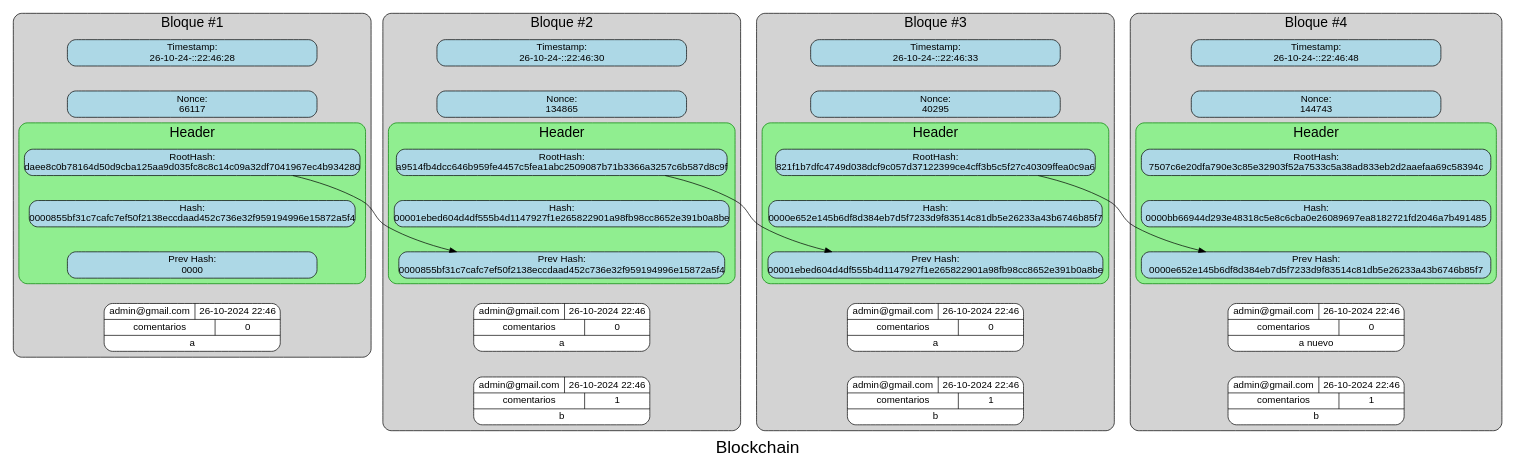
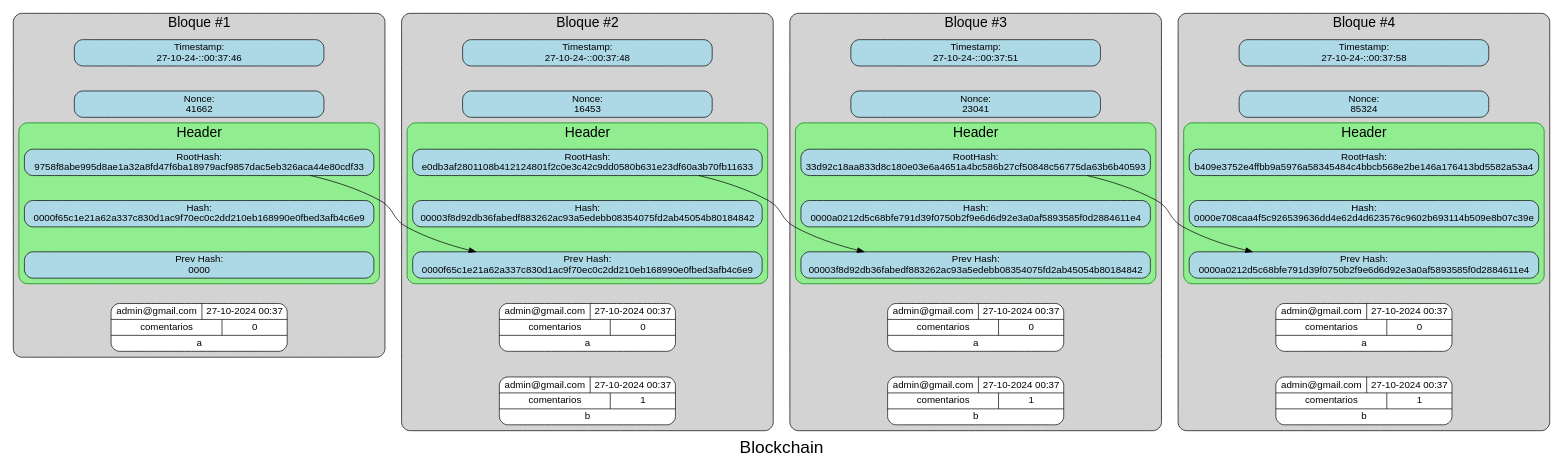
One commit to D3r3-k/-EDD-Proyecto_202001151 changed the diagram in Fase3/build/Desktop_Qt_6_7_2_MinGW_64_bit-Debug/renders/blockchain.dot. Above: the diagram before and after it, drawn with Graphviz. The commit also changed 28 other files, not shown here.

```diff
--- a/Fase3/build/Desktop_Qt_6_7_2_MinGW_64_bit-Debug/renders/blockchain.dot
+++ b/Fase3/build/Desktop_Qt_6_7_2_MinGW_64_bit-Debug/renders/blockchain.dot
@@ -1,118 +1,118 @@
 digraph G {
 label="Blockchain"; fontsize=25; fontname="Arial";
 subgraph cluster_block1 {
 label="Bloque #1";
 fontname="Arial";fontsize=20;style=rounded;
 color=black;
 bgcolor=lightgray;
 edge [style=invis];
 timestamp1[label="Timestamp: 
-26-10-24-::22:46:28";fontname="Arial"; shape=box;style="rounded, filled";fillcolor=lightblue;width=5;]
+27-10-24-::00:37:46";fontname="Arial"; shape=box;style="rounded, filled";fillcolor=lightblue;width=5;]
 nonce1[label="Nonce: 
-66117";fontname="Arial";shape=box;style="rounded, filled";fillcolor=lightblue;width=5;]
+41662";fontname="Arial";shape=box;style="rounded, filled";fillcolor=lightblue;width=5;]
 timestamp1 -> nonce1 -> root1
 subgraph cluster_header1 {
 label="Header";
 fontname="Arial";fontsize=20;style=rounded;
 color=green;
 bgcolor=lightgreen;
 root1[label="RootHash: 
-daee8c0b78164d50d9cba125aa9d035fc8c8c14c09a32df7041967ec4b934280";fontname="Arial";shape=box;style="rounded, filled";fillcolor=lightblue;width=5;]
+9758f8abe995d8ae1a32a8fd47f6ba18979acf9857dac5eb326aca44e80cdf33";fontname="Arial";shape=box;style="rounded, filled";fillcolor=lightblue;width=7;]
 hash1[label="Hash: 
-0000855bf31c7cafc7ef50f2138eccdaad452c736e32f959194996e15872a5f4";fontname="Arial";shape=box;style="rounded, filled";fillcolor=lightblue;width=5;]
+0000f65c1e21a62a337c830d1ac9f70ec0c2dd210eb168990e0fbed3afb4c6e9";fontname="Arial";shape=box;style="rounded, filled";fillcolor=lightblue;width=7;]
 prev1[label="Prev Hash: 
-0000";fontname="Arial";shape=box;style="rounded, filled";fillcolor=lightblue;width=5;]
+0000";fontname="Arial";shape=box;style="rounded, filled";fillcolor=lightblue;width=7;]
 root1 -> hash1 -> prev1
 }
-transac1_0[label="{{admin@gmail.com|26-10-2024 22:46}|{comentarios | 0}|a}";shape=record;fontname="Arial";style="rounded, filled";fillcolor=white;]
+transac1_0[label="{{admin@gmail.com|27-10-2024 00:37}|{comentarios | 0}|a}";shape=record;fontname="Arial";style="rounded, filled";fillcolor=white;]
 prev1-> transac1_0
 }
 subgraph cluster_block2 {
 label="Bloque #2";
 fontname="Arial";fontsize=20;style=rounded;
 color=black;
 bgcolor=lightgray;
 edge [style=invis];
 timestamp2[label="Timestamp: 
-26-10-24-::22:46:30";fontname="Arial"; shape=box;style="rounded, filled";fillcolor=lightblue;width=5;]
+27-10-24-::00:37:48";fontname="Arial"; shape=box;style="rounded, filled";fillcolor=lightblue;width=5;]
 nonce2[label="Nonce: 
-134865";fontname="Arial";shape=box;style="rounded, filled";fillcolor=lightblue;width=5;]
+16453";fontname="Arial";shape=box;style="rounded, filled";fillcolor=lightblue;width=5;]
 timestamp2 -> nonce2 -> root2
 subgraph cluster_header2 {
 label="Header";
 fontname="Arial";fontsize=20;style=rounded;
 color=green;
 bgcolor=lightgreen;
 root2[label="RootHash: 
-a9514fb4dcc646b959fe4457c5fea1abc2509087b71b3366a3257c6b587d8c9f";fontname="Arial";shape=box;style="rounded, filled";fillcolor=lightblue;width=5;]
+e0db3af2801108b412124801f2c0e3c42c9dd0580b631e23df60a3b70fb11633";fontname="Arial";shape=box;style="rounded, filled";fillcolor=lightblue;width=7;]
 hash2[label="Hash: 
-00001ebed604d4df555b4d1147927f1e265822901a98fb98cc8652e391b0a8be";fontname="Arial";shape=box;style="rounded, filled";fillcolor=lightblue;width=5;]
+00003f8d92db36fabedf883262ac93a5edebb08354075fd2ab45054b80184842";fontname="Arial";shape=box;style="rounded, filled";fillcolor=lightblue;width=7;]
 prev2[label="Prev Hash: 
-0000855bf31c7cafc7ef50f2138eccdaad452c736e32f959194996e15872a5f4";fontname="Arial";shape=box;style="rounded, filled";fillcolor=lightblue;width=5;]
+0000f65c1e21a62a337c830d1ac9f70ec0c2dd210eb168990e0fbed3afb4c6e9";fontname="Arial";shape=box;style="rounded, filled";fillcolor=lightblue;width=7;]
 root2 -> hash2 -> prev2
 }
-transac2_0[label="{{admin@gmail.com|26-10-2024 22:46}|{comentarios | 0}|a}";shape=record;fontname="Arial";style="rounded, filled";fillcolor=white;]
-transac2_1[label="{{admin@gmail.com|26-10-2024 22:46}|{comentarios | 1}|b}";shape=record;fontname="Arial";style="rounded, filled";fillcolor=white;]
+transac2_0[label="{{admin@gmail.com|27-10-2024 00:37}|{comentarios | 0}|a}";shape=record;fontname="Arial";style="rounded, filled";fillcolor=white;]
+transac2_1[label="{{admin@gmail.com|27-10-2024 00:37}|{comentarios | 1}|b}";shape=record;fontname="Arial";style="rounded, filled";fillcolor=white;]
 prev2-> transac2_0-> transac2_1
 }
 subgraph cluster_block3 {
 label="Bloque #3";
 fontname="Arial";fontsize=20;style=rounded;
 color=black;
 bgcolor=lightgray;
 edge [style=invis];
 timestamp3[label="Timestamp: 
-26-10-24-::22:46:33";fontname="Arial"; shape=box;style="rounded, filled";fillcolor=lightblue;width=5;]
+27-10-24-::00:37:51";fontname="Arial"; shape=box;style="rounded, filled";fillcolor=lightblue;width=5;]
 nonce3[label="Nonce: 
-40295";fontname="Arial";shape=box;style="rounded, filled";fillcolor=lightblue;width=5;]
+23041";fontname="Arial";shape=box;style="rounded, filled";fillcolor=lightblue;width=5;]
 timestamp3 -> nonce3 -> root3
 subgraph cluster_header3 {
 label="Header";
 fontname="Arial";fontsize=20;style=rounded;
 color=green;
 bgcolor=lightgreen;
 root3[label="RootHash: 
-821f1b7dfc4749d038dcf9c057d37122399ce4cff3b5c5f27c40309ffea0c9a6";fontname="Arial";shape=box;style="rounded, filled";fillcolor=lightblue;width=5;]
+33d92c18aa833d8c180e03e6a4651a4bc586b27cf50848c56775da63b6b40593";fontname="Arial";shape=box;style="rounded, filled";fillcolor=lightblue;width=7;]
 hash3[label="Hash: 
-0000e652e145b6df8d384eb7d5f7233d9f83514c81db5e26233a43b6746b85f7";fontname="Arial";shape=box;style="rounded, filled";fillcolor=lightblue;width=5;]
+0000a0212d5c68bfe791d39f0750b2f9e6d6d92e3a0af5893585f0d2884611e4";fontname="Arial";shape=box;style="rounded, filled";fillcolor=lightblue;width=7;]
 prev3[label="Prev Hash: 
-00001ebed604d4df555b4d1147927f1e265822901a98fb98cc8652e391b0a8be";fontname="Arial";shape=box;style="rounded, filled";fillcolor=lightblue;width=5;]
+00003f8d92db36fabedf883262ac93a5edebb08354075fd2ab45054b80184842";fontname="Arial";shape=box;style="rounded, filled";fillcolor=lightblue;width=7;]
 root3 -> hash3 -> prev3
 }
-transac3_0[label="{{admin@gmail.com|26-10-2024 22:46}|{comentarios | 0}|a}";shape=record;fontname="Arial";style="rounded, filled";fillcolor=white;]
-transac3_1[label="{{admin@gmail.com|26-10-2024 22:46}|{comentarios | 1}|b}";shape=record;fontname="Arial";style="rounded, filled";fillcolor=white;]
+transac3_0[label="{{admin@gmail.com|27-10-2024 00:37}|{comentarios | 0}|a}";shape=record;fontname="Arial";style="rounded, filled";fillcolor=white;]
+transac3_1[label="{{admin@gmail.com|27-10-2024 00:37}|{comentarios | 1}|b}";shape=record;fontname="Arial";style="rounded, filled";fillcolor=white;]
 prev3-> transac3_0-> transac3_1
 }
 subgraph cluster_block4 {
 label="Bloque #4";
 fontname="Arial";fontsize=20;style=rounded;
 color=black;
 bgcolor=lightgray;
 edge [style=invis];
 timestamp4[label="Timestamp: 
-26-10-24-::22:46:48";fontname="Arial"; shape=box;style="rounded, filled";fillcolor=lightblue;width=5;]
+27-10-24-::00:37:58";fontname="Arial"; shape=box;style="rounded, filled";fillcolor=lightblue;width=5;]
 nonce4[label="Nonce: 
-144743";fontname="Arial";shape=box;style="rounded, filled";fillcolor=lightblue;width=5;]
+85324";fontname="Arial";shape=box;style="rounded, filled";fillcolor=lightblue;width=5;]
 timestamp4 -> nonce4 -> root4
 subgraph cluster_header4 {
 label="Header";
 fontname="Arial";fontsize=20;style=rounded;
 color=green;
 bgcolor=lightgreen;
 root4[label="RootHash: 
-7507c6e20dfa790e3c85e32903f52a7533c5a38ad833eb2d2aaefaa69c58394c";fontname="Arial";shape=box;style="rounded, filled";fillcolor=lightblue;width=7;]
+b409e3752e4ffbb9a5976a58345484c4bbcb568e2be146a176413bd5582a53a4";fontname="Arial";shape=box;style="rounded, filled";fillcolor=lightblue;width=7;]
 hash4[label="Hash: 
-0000bb66944d293e48318c5e8c6cba0e26089697ea8182721fd2046a7b491485";fontname="Arial";shape=box;style="rounded, filled";fillcolor=lightblue;width=7;]
+0000e708caa4f5c926539636dd4e62d4d623576c9602b693114b509e8b07c39e";fontname="Arial";shape=box;style="rounded, filled";fillcolor=lightblue;width=7;]
 prev4[label="Prev Hash: 
-0000e652e145b6df8d384eb7d5f7233d9f83514c81db5e26233a43b6746b85f7";fontname="Arial";shape=box;style="rounded, filled";fillcolor=lightblue;width=7;]
+0000a0212d5c68bfe791d39f0750b2f9e6d6d92e3a0af5893585f0d2884611e4";fontname="Arial";shape=box;style="rounded, filled";fillcolor=lightblue;width=7;]
 root4 -> hash4 -> prev4
 }
-transac4_0[label="{{admin@gmail.com|26-10-2024 22:46}|{comentarios | 0}|a nuevo}";shape=record;fontname="Arial";style="rounded, filled";fillcolor=white;]
-transac4_1[label="{{admin@gmail.com|26-10-2024 22:46}|{comentarios | 1}|b}";shape=record;fontname="Arial";style="rounded, filled";fillcolor=white;]
+transac4_0[label="{{admin@gmail.com|27-10-2024 00:37}|{comentarios | 0}|a}";shape=record;fontname="Arial";style="rounded, filled";fillcolor=white;]
+transac4_1[label="{{admin@gmail.com|27-10-2024 00:37}|{comentarios | 1}|b}";shape=record;fontname="Arial";style="rounded, filled";fillcolor=white;]
 prev4-> transac4_0-> transac4_1
 }
 root1 -> prev2[constraint=false;];
 root2 -> prev3[constraint=false;];
 root3 -> prev4[constraint=false;];
 
 }
```
